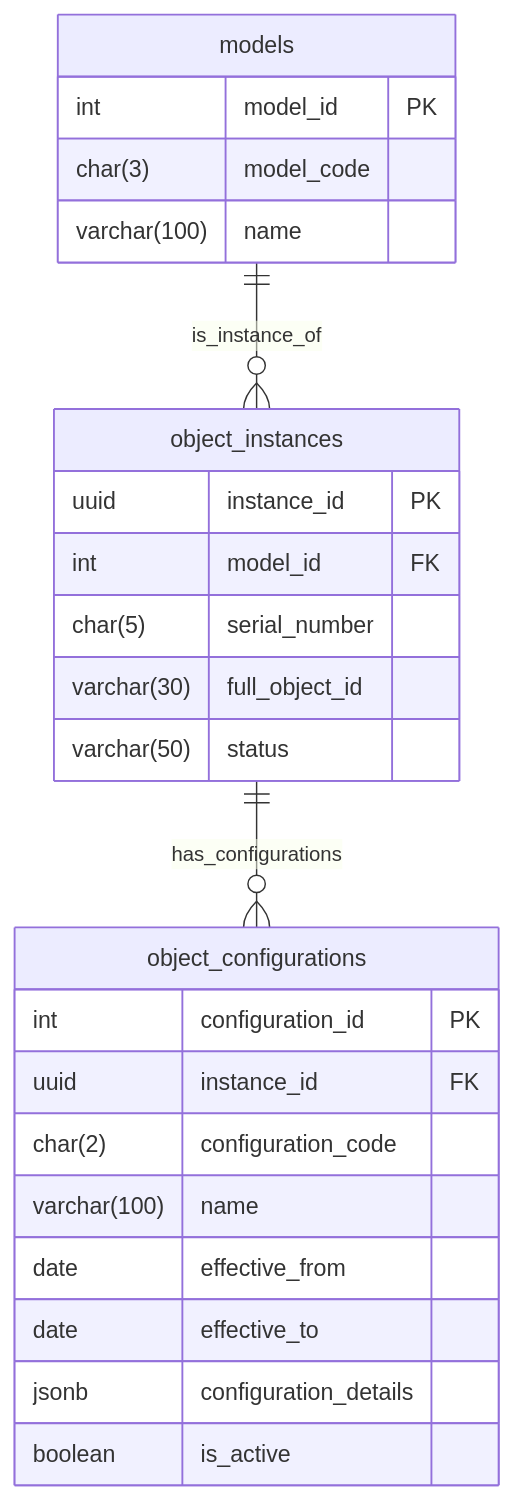
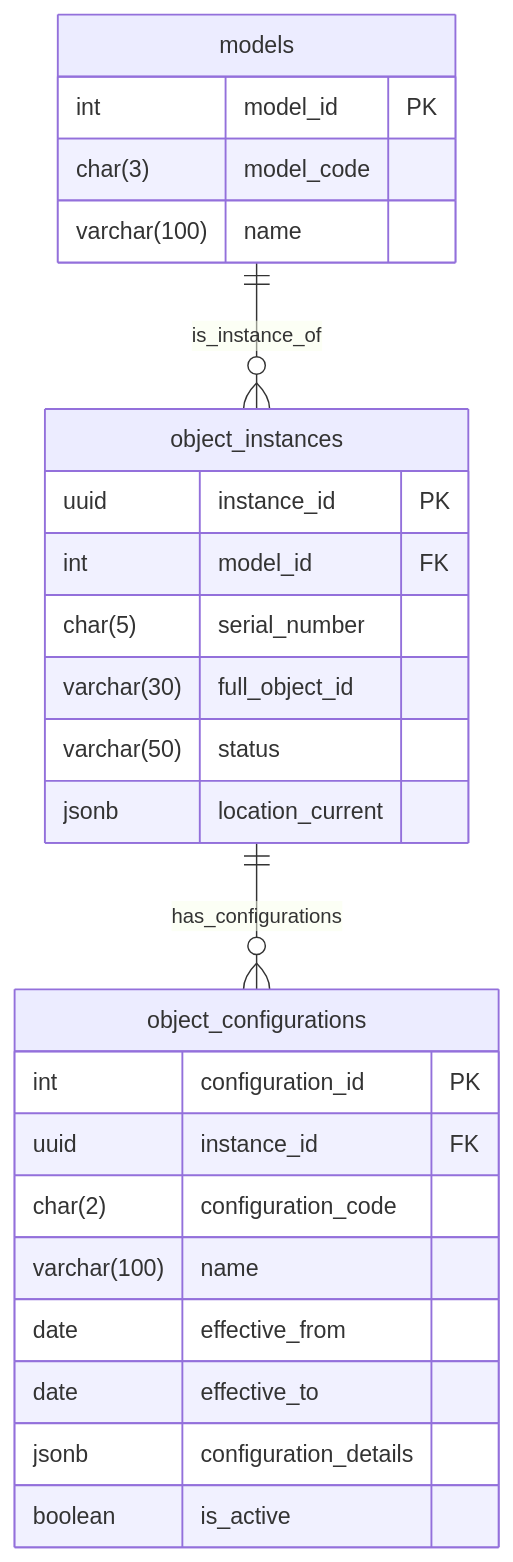
One commit to ampel360/Robbbo-T changed the fourth of 5 diagrams in README.md. Above: the diagram before and after it, drawn with Mermaid. The commit also changed other lines of this file, not shown here.

````diff
--- a/README.md
+++ b/README.md
@@ -1969,30 +2036,31 @@
 ```mermaid
 erDiagram
     models {
         int model_id PK
         char(3) model_code
         varchar(100) name
     }
 
     object_instances {
         uuid instance_id PK
         int model_id FK
         char(5) serial_number
         varchar(30) full_object_id
         varchar(50) status
+        jsonb location_current
     }
 
     object_configurations {
         int configuration_id PK
         uuid instance_id FK
         char(2) configuration_code
         varchar(100) name
         date effective_from
         date effective_to
         jsonb configuration_details
         boolean is_active
     }
 
     models ||--o{ object_instances : "is_instance_of"
     object_instances ||--o{ object_configurations : "has_configurations"
 ```
````
